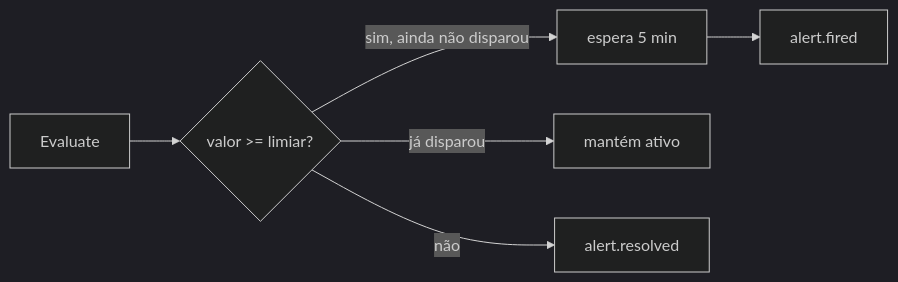
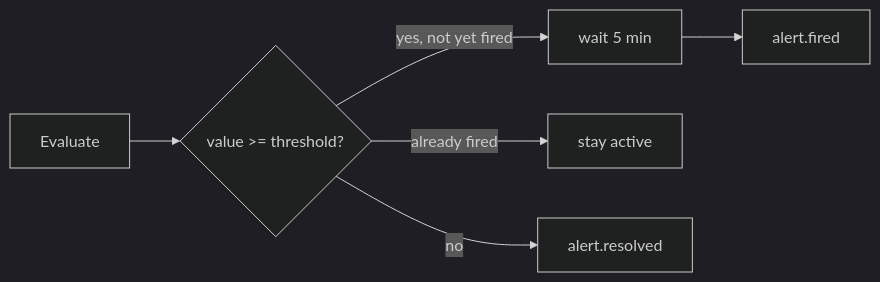
Before and after one commit to HarryRaddatz/argus-observability: the third of 4 diagrams in docs/flows/events-and-alerts.md, drawn with Mermaid (dark theme). The commit also changed other lines of this file and 89 other files, not shown here.

````diff
--- a/docs/flows/events-and-alerts.md
+++ b/docs/flows/events-and-alerts.md
@@ -56,8 +56,8 @@
 ```mermaid
 flowchart LR
-  Tick[Evaluate] --> Above{valor >= limiar?}
-  Above -->|sim, ainda não disparou| Wait[espera 5 min]
+  Tick[Evaluate] --> Above{value >= threshold?}
+  Above -->|yes, not yet fired| Wait[wait 5 min]
   Wait --> Fire[alert.fired]
-  Above -->|já disparou| Keep[mantém ativo]
-  Above -->|não| Resolve[alert.resolved]
+  Above -->|already fired| Keep[stay active]
+  Above -->|no| Resolve[alert.resolved]
 ```
````
